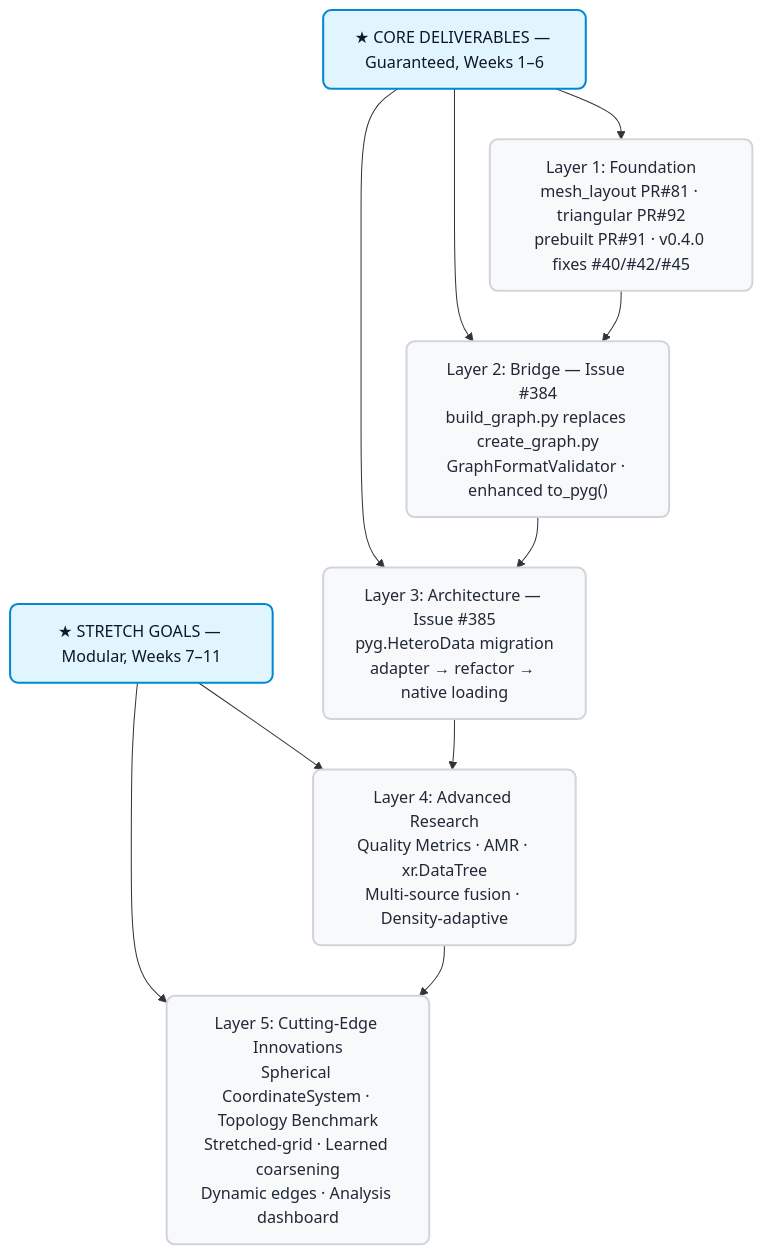
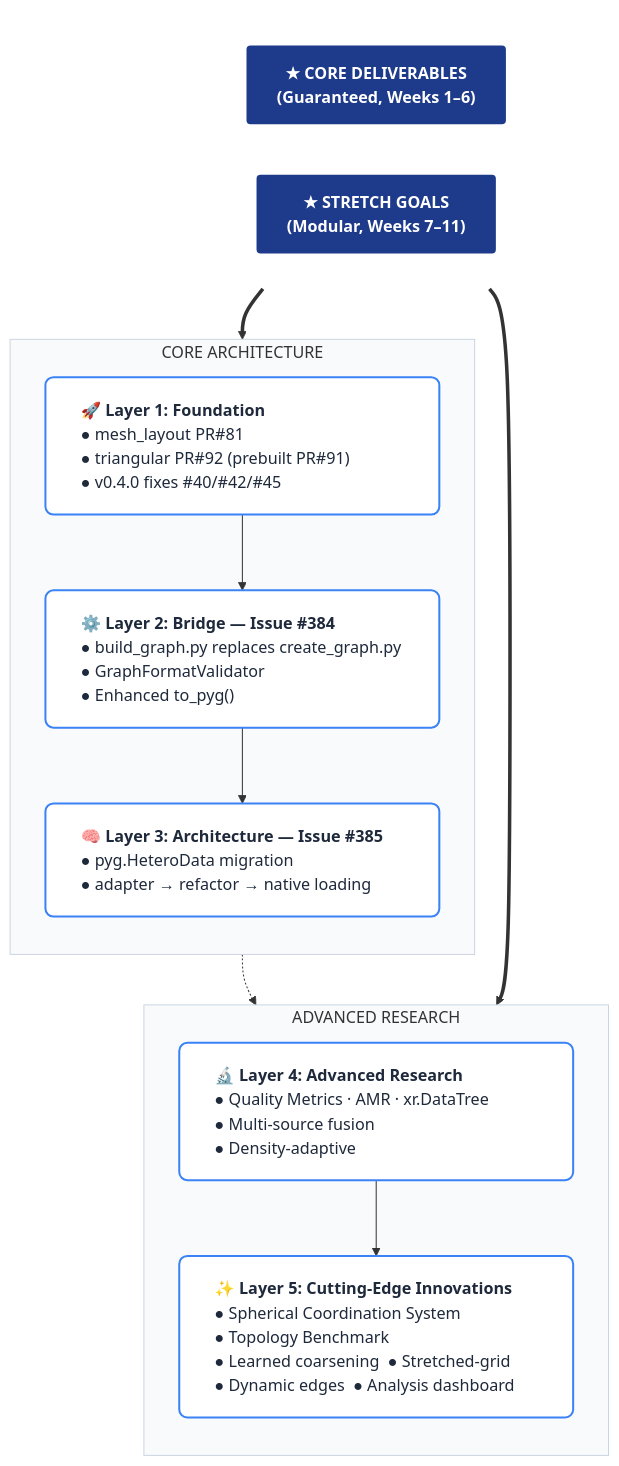
Before and after one commit to prajwal-tech07/Gsoc_test: the first of 11 diagrams in GSoC_Project_Created_By_Antigravity.md, drawn with Mermaid.

Commit message:
Update GSoC Project Created By Antigravity

````diff
--- a/GSoC_Project_Created_By_Antigravity.md
+++ b/GSoC_Project_Created_By_Antigravity.md
@@ -87,16 +87,48 @@
 ```mermaid
 graph TD
-    classDef default fill:#f8f9fa,stroke:#d1d5db,stroke-width:2px,rx:8px,color:#1f2937
-    classDef highlight fill:#e1f5fe,stroke:#0288d1,stroke-width:2px,rx:8px,color:#0f172a
 
-    CORE["★ CORE DELIVERABLES — Guaranteed, Weeks 1–6"]:::highlight
-    CORE --> L1["Layer 1: Foundation\nmesh_layout PR#81 · triangular PR#92\nprebuilt PR#91 · v0.4.0 fixes #40/#42/#45"]
-    CORE --> L2["Layer 2: Bridge — Issue #384\nbuild_graph.py replaces create_graph.py\nGraphFormatValidator · enhanced to_pyg()"]
-    CORE --> L3["Layer 3: Architecture — Issue #385\npyg.HeteroData migration\nadapter → refactor → native loading"]
+%% ---------- STYLE DEFINITIONS ----------
+classDef layer fill:#ffffff,stroke:#3b82f6,stroke-width:2px,color:#1e293b,rx:8px
+classDef titleStyle fill:#1e3a8a,color:#ffffff,stroke:none,font-weight:bold,rx:4px
+classDef highlight fill:#e1f5fe,stroke:#0288d1,stroke-width:2px,color:#0f172a,rx:8px
 
-    STRETCH["★ STRETCH GOALS — Modular, Weeks 7–11"]:::highlight
-    STRETCH --> L4["Layer 4: Advanced Research\nQuality Metrics · AMR · xr.DataTree\nMulti-source fusion · Density-adaptive"]
-    STRETCH --> L5["Layer 5: Cutting-Edge Innovations\nSpherical CoordinateSystem · Topology Benchmark\nStretched-grid · Learned coarsening\nDynamic edges · Analysis dashboard"]
+%% ---------- TOP SECTION: DELIVERABLES ----------
+subgraph TRACKS [" "]
+    direction LR
+    CORE["★ CORE DELIVERABLES<br/>(Guaranteed, Weeks 1–6)"]:::titleStyle
+    STRETCH["★ STRETCH GOALS<br/>(Modular, Weeks 7–11)"]:::titleStyle
+end
 
-    L1 --> L2 --> L3 --> L4 --> L5
+%% ---------- MIDDLE SECTION: CORE LAYERS ----------
+subgraph CORE_ROW ["CORE ARCHITECTURE"]
+    direction TB
+    L1["<div style='width:320px; text-align:left; padding:5px;'>🚀 <b>Layer 1: Foundation</b><br/>● mesh_layout PR#81 &nbsp;&nbsp;&nbsp;&nbsp;&nbsp;&nbsp;&nbsp;&nbsp;&nbsp;&nbsp;&nbsp;&nbsp;&nbsp;&nbsp;&nbsp;&nbsp;&nbsp;&nbsp;&nbsp;&nbsp;&nbsp;&nbsp;&nbsp;<br/>● triangular PR#92 (prebuilt PR#91)<br/>● v0.4.0 fixes #40/#42/#45</div>"]:::layer
+    
+    L2["<div style='width:320px; text-align:left; padding:5px;'>⚙️ <b>Layer 2: Bridge — Issue #384</b><br/>● build_graph.py replaces create_graph.py<br/>● GraphFormatValidator<br/>● Enhanced to_pyg()</div>"]:::layer
+    
+    L3["<div style='width:320px; text-align:left; padding:5px;'>🧠 <b>Layer 3: Architecture — Issue #385</b><br/>● pyg.HeteroData migration<br/>● adapter → refactor → native loading</div>"]:::layer
+end
+
+%% ---------- BOTTOM SECTION: STRETCH LAYERS ----------
+subgraph ADV_ROW ["ADVANCED RESEARCH"]
+    direction TB
+    L4["<div style='width:320px; text-align:left; padding:5px;'>🔬 <b>Layer 4: Advanced Research</b><br/>● Quality Metrics · AMR · xr.DataTree<br/>● Multi-source fusion<br/>● Density-adaptive</div>"]:::layer
+    
+    L5["<div style='text-align:left; width:320px; padding:5px;'>✨ <b>Layer 5: Cutting-Edge Innovations</b><br/>● Spherical Coordination System<br/>● Topology Benchmark<br/>● Learned coarsening  ● Stretched-grid<br/>● Dynamic edges  ● Analysis dashboard</div>"]:::layer
+end
+
+%% ---------- CONNECTIONS ----------
+CORE ==> CORE_ROW
+STRETCH ==> ADV_ROW
+
+%% Sequence Flow
+L1 --> L2
+L2 --> L3
+L3 -.-> L4
+L4 --> L5
+
+%% ---------- STYLING ----------
+style TRACKS fill:none,stroke:none
+style CORE_ROW fill:#f8fafc,stroke:#cbd5e1
+style ADV_ROW fill:#f8fafc,stroke:#cbd5e1
 ```
````
